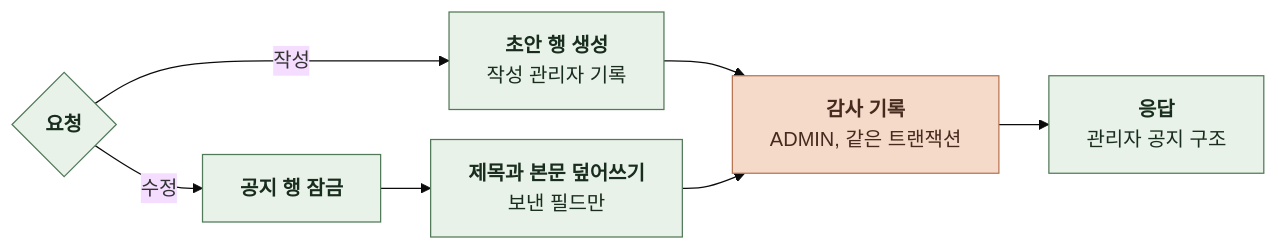
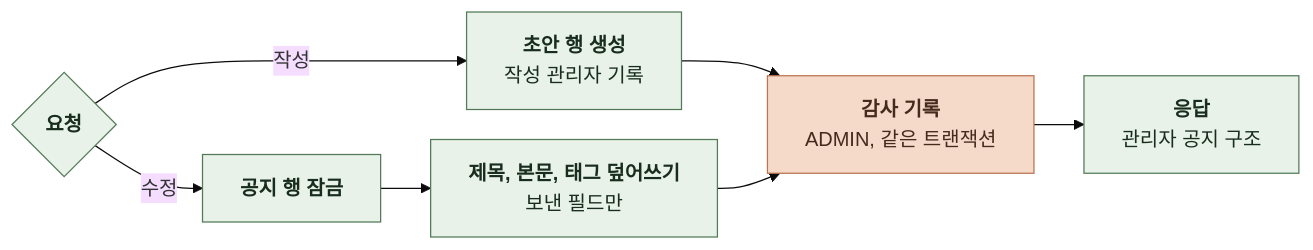
The second of 6 diagrams in docs/domain/NOTICE/BACKEND/4-1-PIPELINES.md (KIM-N-KANG/knk-harness), drawn with Mermaid (base theme) before and after one commit. The commit also changed other lines of this file and 25 other files, not shown here.

````diff
--- a/docs/domain/NOTICE/BACKEND/4-1-PIPELINES.md
+++ b/docs/domain/NOTICE/BACKEND/4-1-PIPELINES.md
@@ -46,18 +46,18 @@
 ```mermaid
 %%{init: {"flowchart": {"curve": "basis", "nodeSpacing": 24, "rankSpacing": 40}}}%%
 flowchart LR
     A{"`**요청**`"} -->|작성| B["`**초안 행 생성**
 작성 관리자 기록`"]
     A -->|수정| C["`**공지 행 잠금**`"]
-    C --> D["`**제목과 본문 덮어쓰기**
+    C --> D["`**제목, 본문, 태그 덮어쓰기**
 보낸 필드만`"]
     B --> E["`**감사 기록**
 ADMIN, 같은 트랜잭션`"]
     D --> E
     E --> F["`**응답**
 관리자 공지 구조`"]
     classDef comp fill:#E8F2E8,stroke:#527A59,color:#182D1D
     classDef task fill:#F5D9C9,stroke:#B97450,color:#452B1D
     class A,B,C,D,F comp
     class E task
 ```
````
